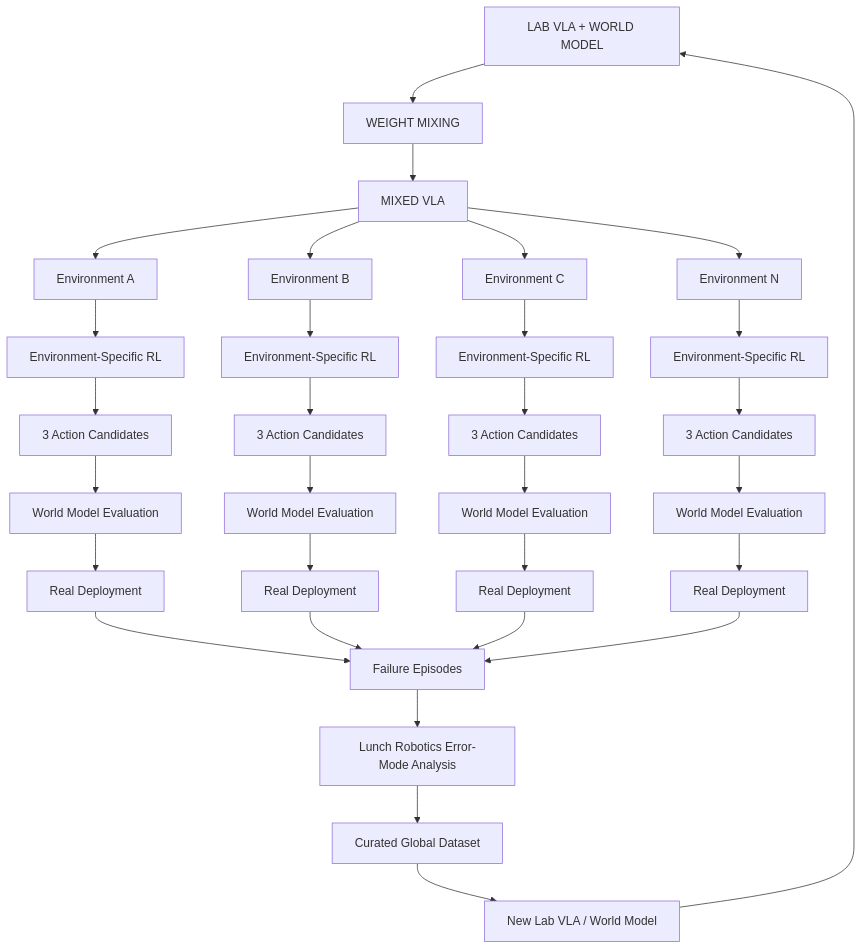
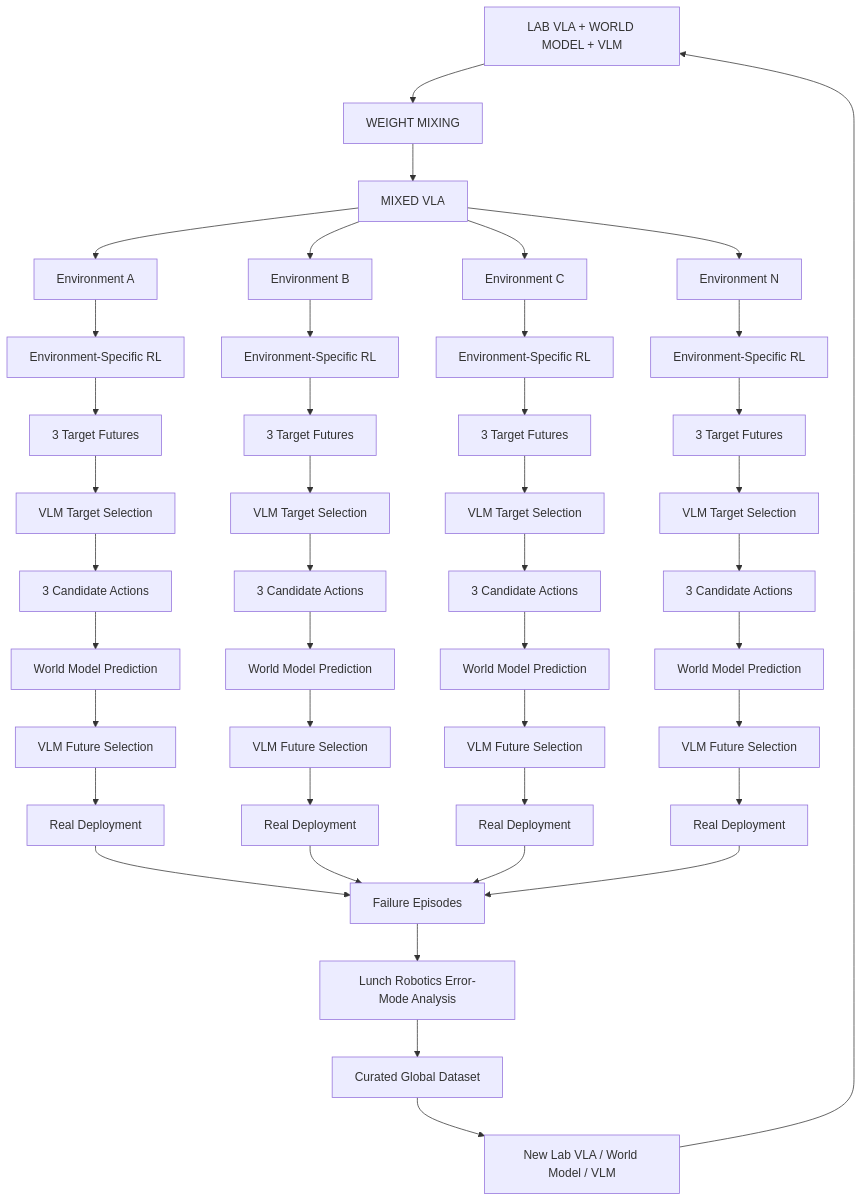
Before and after one commit to Freelunch-AI/freelunch-ide: the tenth of 13 diagrams in docs/specs/post-demo/lunch_robotics.md, drawn with Mermaid. The commit also changed other lines of this file, not shown here.

````diff
--- a/docs/specs/post-demo/lunch_robotics.md
+++ b/docs/specs/post-demo/lunch_robotics.md
@@ -1828,43 +1839,58 @@
 ```mermaid
 flowchart TD
-    A["LAB VLA + WORLD MODEL"] --> B["WEIGHT MIXING"]
+    A["LAB VLA + WORLD MODEL + VLM"] --> B["WEIGHT MIXING"]
     B --> C["MIXED VLA"]
 
     C --> D["Environment A"]
     C --> E["Environment B"]
     C --> F["Environment C"]
     C --> G["Environment N"]
 
     D --> D1["Environment-Specific RL"]
     E --> E1["Environment-Specific RL"]
     F --> F1["Environment-Specific RL"]
     G --> G1["Environment-Specific RL"]
 
-    D1 --> D2["3 Action Candidates"]
-    E1 --> E2["3 Action Candidates"]
-    F1 --> F2["3 Action Candidates"]
-    G1 --> G2["3 Action Candidates"]
+    D1 --> D2["3 Target Futures"]
+    E1 --> E2["3 Target Futures"]
+    F1 --> F2["3 Target Futures"]
+    G1 --> G2["3 Target Futures"]
 
-    D2 --> H["World Model Evaluation"]
-    E2 --> I["World Model Evaluation"]
-    F2 --> J["World Model Evaluation"]
-    G2 --> K["World Model Evaluation"]
+    D2 --> D3["VLM Target Selection"]
+    E2 --> E3["VLM Target Selection"]
+    F2 --> F3["VLM Target Selection"]
+    G2 --> G3["VLM Target Selection"]
 
-    H --> L["Real Deployment"]
-    I --> M["Real Deployment"]
-    J --> N["Real Deployment"]
-    K --> O["Real Deployment"]
+    D3 --> D4["3 Candidate Actions"]
+    E3 --> E4["3 Candidate Actions"]
+    F3 --> F4["3 Candidate Actions"]
+    G3 --> G4["3 Candidate Actions"]
 
-    L --> P["Failure Episodes"]
-    M --> P
-    N --> P
-    O --> P
+    D4 --> H["World Model Prediction"]
+    E4 --> I["World Model Prediction"]
+    F4 --> J["World Model Prediction"]
+    G4 --> K["World Model Prediction"]
 
-    P --> Q["Lunch Robotics Error-Mode Analysis"]
+    H --> L["VLM Future Selection"]
+    I --> M["VLM Future Selection"]
+    J --> N["VLM Future Selection"]
+    K --> O["VLM Future Selection"]
 
-    Q --> R["Curated Global Dataset"]
+    L --> P["Real Deployment"]
+    M --> Q["Real Deployment"]
+    N --> R["Real Deployment"]
+    O --> S["Real Deployment"]
 
-    R --> S["New Lab VLA / World Model"]
+    P --> T["Failure Episodes"]
+    Q --> T
+    R --> T
+    S --> T
 
-    S --> A
+    T --> U["Lunch Robotics Error-Mode Analysis"]
+
+    U --> V["Curated Global Dataset"]
+
+    V --> W["New Lab VLA / World Model / VLM"]
+
+    W --> A
 ```
````
